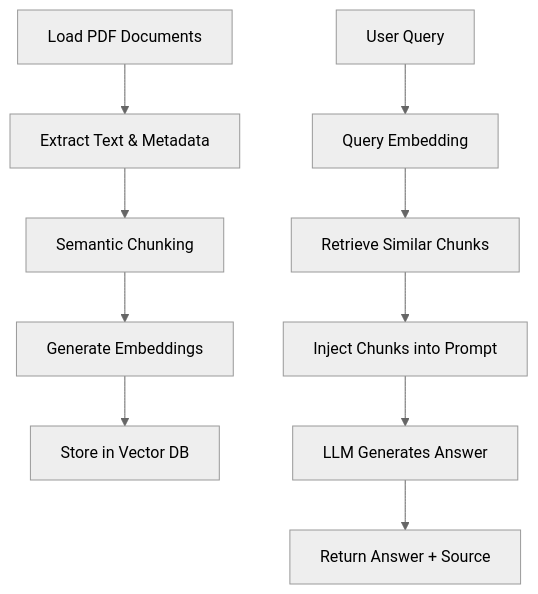
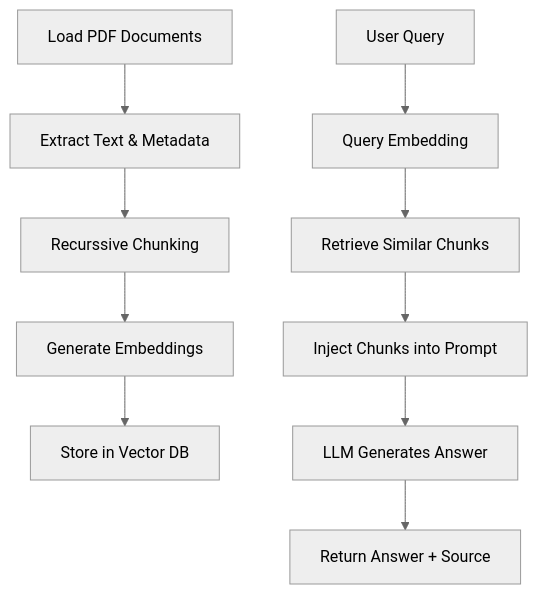
Before and after one commit to Rahullll101/Conversation-Rag: the first of 2 diagrams in README.md, drawn with Mermaid (neutral theme).

Commit message:
Fix typo in flowchart from 'Semantic' to 'Recursive'

````diff
--- a/README.md
+++ b/README.md
@@ -68,17 +68,17 @@
 ```mermaid
 
 flowchart TD
 
     S[Load PDF Documents] 
         --> T[Extract Text & Metadata]
-        --> U[Semantic Chunking]
+        --> U[Recurssive Chunking]
         --> V[Generate Embeddings]
         --> W[Store in Vector DB]
 
     X[User Query] 
         --> Y[Query Embedding]
         --> Z[Retrieve Similar Chunks]
         --> AA[Inject Chunks into Prompt]
         --> AB[LLM Generates Answer]
         --> AC[Return Answer + Source]
 ```
````
